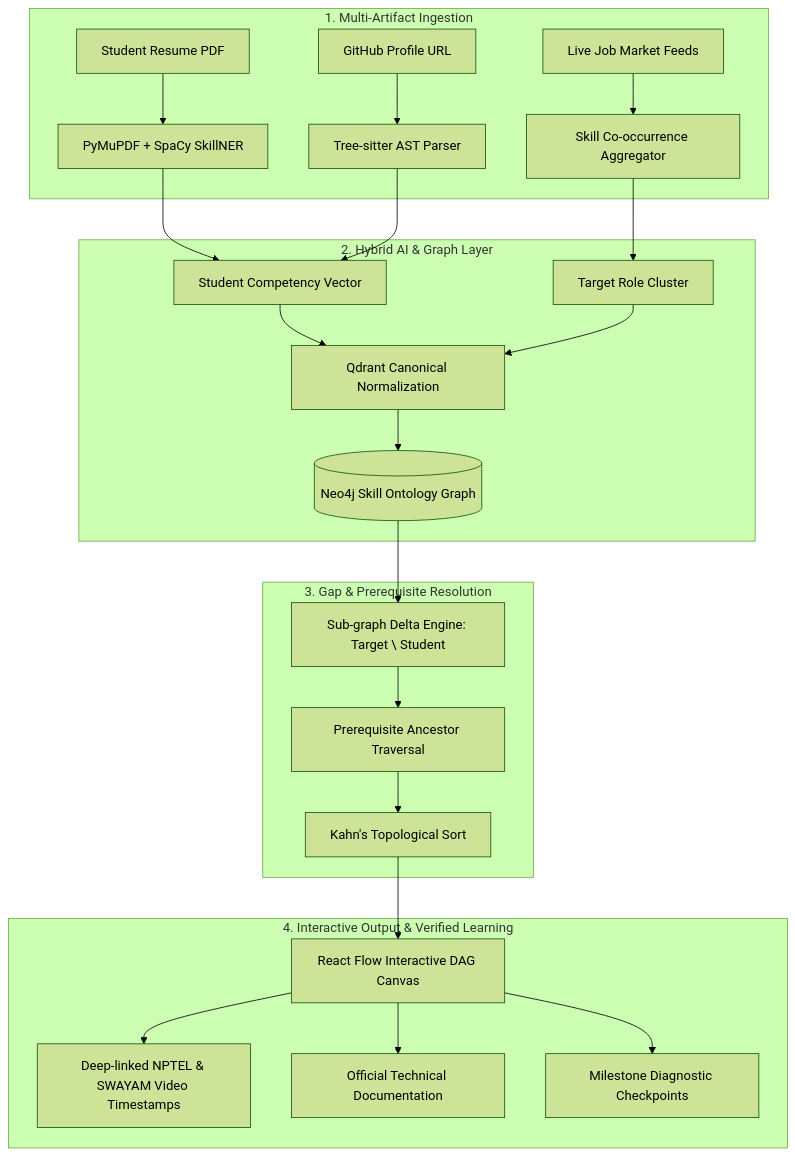
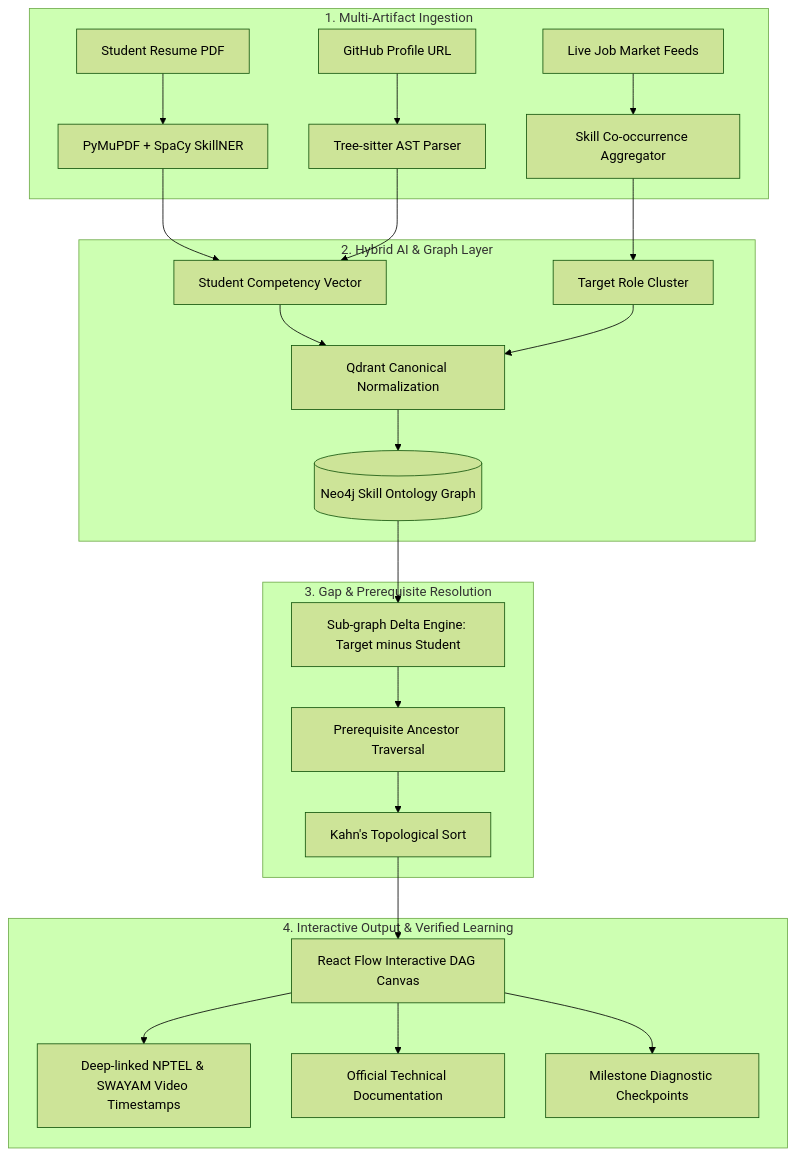
One commit to siva2526k-art/careerlattice-ai changed the diagram in README.md. Above: the diagram before and after it, drawn with Mermaid (forest theme). The commit also changed 1 other file, not shown here.

Commit message:
style: remove raw LaTeX formatting and backslashes for clean markdown rendering

````diff
--- a/README.md
+++ b/README.md
@@ -39,30 +39,30 @@
 ```mermaid
 flowchart TD
     subgraph INGESTION["1. Multi-Artifact Ingestion"]
         A1[Student Resume PDF] --> B1[PyMuPDF + SpaCy SkillNER]
         A2[GitHub Profile URL] --> B2[Tree-sitter AST Parser]
         A3[Live Job Market Feeds] --> B3[Skill Co-occurrence Aggregator]
     end
 
     subgraph INTELLIGENCE["2. Hybrid AI & Graph Layer"]
         B1 --> C1[Student Competency Vector]
         B2 --> C1
         B3 --> C2[Target Role Cluster]
         C1 --> D1[Qdrant Canonical Normalization]
         C2 --> D1
         D1 --> E1[(Neo4j Skill Ontology Graph)]
     end
 
     subgraph ENGINE["3. Gap & Prerequisite Resolution"]
-        E1 --> F1[Sub-graph Delta Engine: Target \ Student]
+        E1 --> F1[Sub-graph Delta Engine: Target minus Student]
         F1 --> F2[Prerequisite Ancestor Traversal]
         F2 --> F3[Kahn's Topological Sort]
     end
 
     subgraph OUTPUT["4. Interactive Output & Verified Learning"]
         F3 --> G1[React Flow Interactive DAG Canvas]
         G1 --> H1[Deep-linked NPTEL & SWAYAM Video Timestamps]
         G1 --> H2[Official Technical Documentation]
         G1 --> H3[Milestone Diagnostic Checkpoints]
     end
 ```
````
